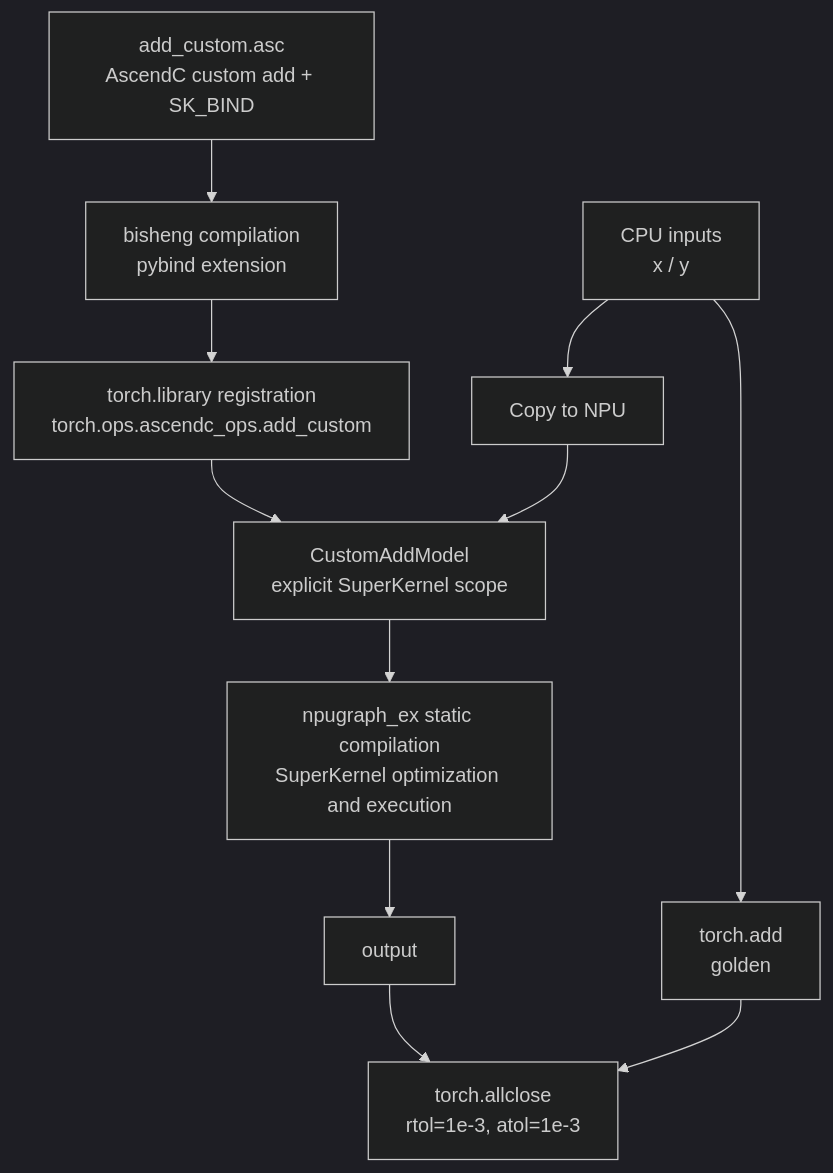
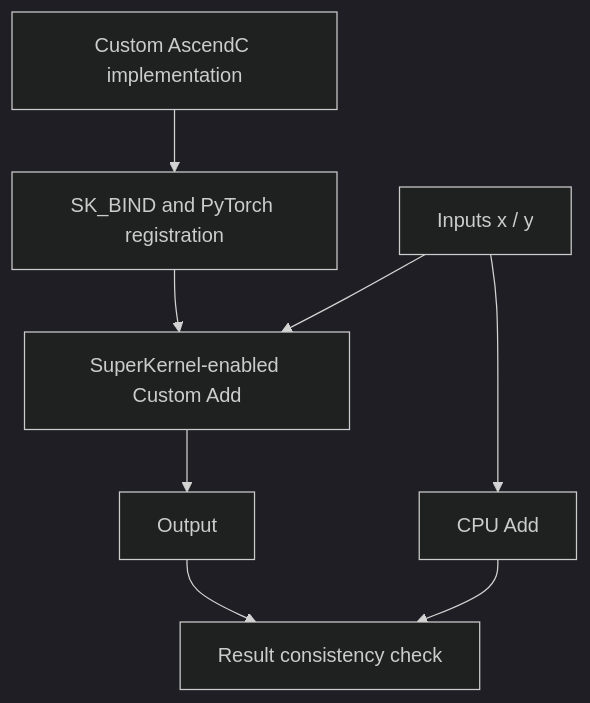
Before and after one commit to hicann/graph-autofusion: the diagram in super_kernel/examples/aot/example03_kernel_pybind/README_en.md, drawn with Mermaid (dark theme). The commit also changed other lines of this file and 5 other files, not shown here.

First line of the commit message:
docs(examples): 优化 AOT 样例说明与流程图

````diff
--- a/super_kernel/examples/aot/example03_kernel_pybind/README_en.md
+++ b/super_kernel/examples/aot/example03_kernel_pybind/README_en.md
@@ -60,13 +60,12 @@
 ```mermaid
 flowchart TB
-    source["add_custom.asc<br/>AscendC custom add + SK_BIND"] --> extension["bisheng compilation<br/>pybind extension"]
-    extension --> registered["torch.library registration<br/>torch.ops.ascendc_ops.add_custom"]
-    registered --> model["CustomAddModel<br/>explicit SuperKernel scope"]
-    inputs["CPU inputs<br/>x / y"] --> golden["torch.add<br/>golden"]
-    inputs --> npu["Copy to NPU"]
-    npu --> model
-    model --> compiled["npugraph_ex static compilation<br/>SuperKernel optimization and execution"]
-    compiled --> output[output]
-    golden --> check["torch.allclose<br/>rtol=1e-3, atol=1e-3"]
-    output --> check
+    source["Custom AscendC implementation"] --> integration["SK_BIND and PyTorch registration"]
+    integration --> custom_add["SuperKernel-enabled Custom Add"]
+
+    inputs["Inputs x / y"] --> custom_add
+    custom_add --> output["Output"]
+
+    inputs --> golden["CPU Add"]
+    output --> check["Result consistency check"]
+    golden --> check
 ```
````
